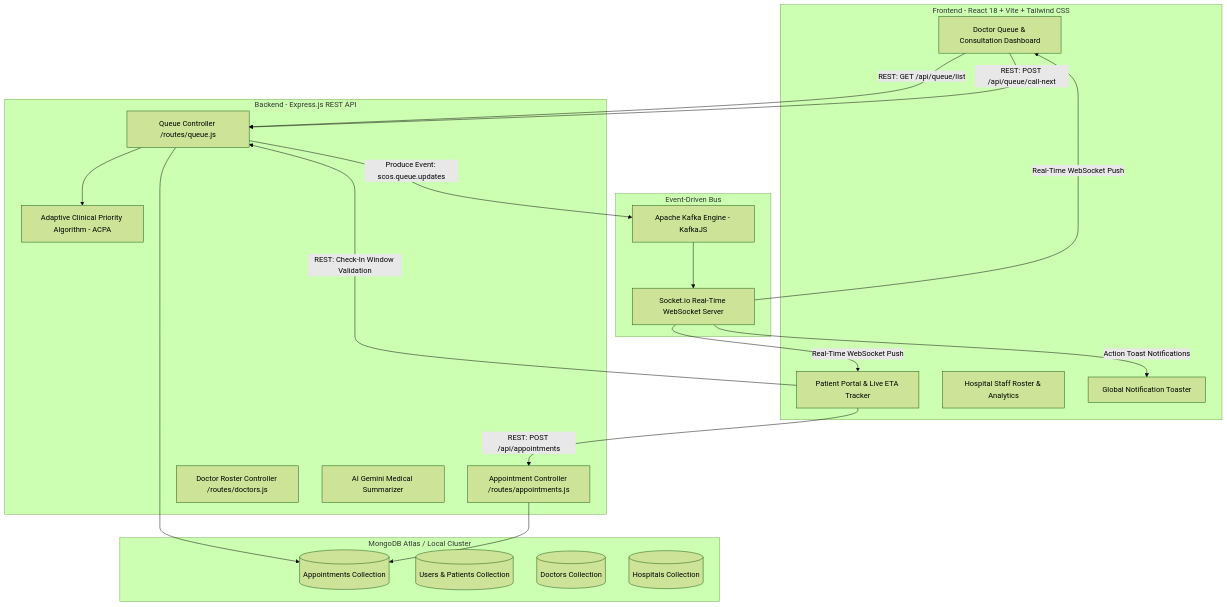
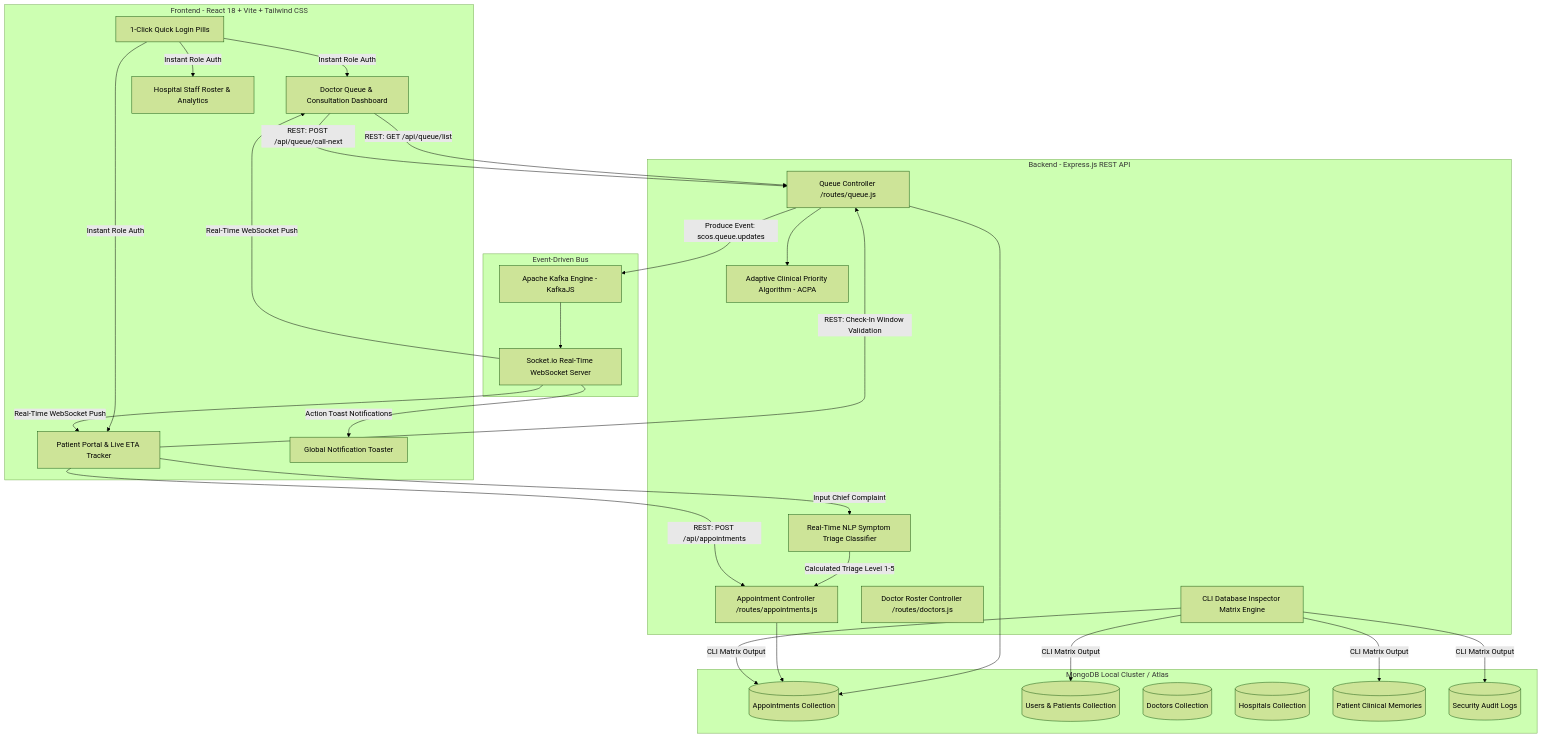
One commit to lavyadamania/LifeFile changed the first of 4 diagrams in PROJECT_DOCUMENTATION_MASTER.md. Above: the diagram before and after it, drawn with Mermaid (forest theme). The commit also changed other lines of this file, not shown here.

Commit message:
docs: Update PROJECT_DOCUMENTATION_MASTER.md to v3.0.0 with Mermaid diagrams for NLP auto-triage, system HLD, clinical memory, and CLI inspect matrix

````diff
--- a/PROJECT_DOCUMENTATION_MASTER.md
+++ b/PROJECT_DOCUMENTATION_MASTER.md
@@ -23,44 +24,52 @@
 ```mermaid
 flowchart TD
     subgraph Client Layer [Frontend - React 18 + Vite + Tailwind CSS]
         DoctorUI[Doctor Queue & Consultation Dashboard]
         PatientApp[Patient Portal & Live ETA Tracker]
         AdminUI[Hospital Staff Roster & Analytics]
         Toast[Global Notification Toaster]
+        OneClick[1-Click Quick Login Pills]
     end
 
     subgraph Streaming & Middleware Layer [Event-Driven Bus]
         Kafka[Apache Kafka Engine - KafkaJS]
         SocketServer[Socket.io Real-Time WebSocket Server]
     end
 
     subgraph Service Engine Layer [Backend - Express.js REST API]
         ACPA[Adaptive Clinical Priority Algorithm - ACPA]
         QueueCtrl[Queue Controller /routes/queue.js]
         ApptCtrl[Appointment Controller /routes/appointments.js]
         DoctorCtrl[Doctor Roster Controller /routes/doctors.js]
-        AICtrl[AI Gemini Medical Summarizer]
+        NLPTriage[Real-Time NLP Symptom Triage Classifier]
+        InspectDB[CLI Database Inspector Matrix Engine]
     end
 
-    subgraph Data & Persistence Layer [MongoDB Atlas / Local Cluster]
+    subgraph Data & Persistence Layer [MongoDB Local Cluster / Atlas]
         DB_Appt[(Appointments Collection)]
         DB_User[(Users & Patients Collection)]
         DB_Doc[(Doctors Collection)]
         DB_Hosp[(Hospitals Collection)]
+        DB_Mem[(Patient Clinical Memories)]
+        DB_Audit[(Security Audit Logs)]
     end
 
+    OneClick -->|Instant Role Auth| PatientApp & DoctorUI & AdminUI
+    PatientApp -->|Input Chief Complaint| NLPTriage
+    NLPTriage -->|Calculated Triage Level 1-5| ApptCtrl
     DoctorUI -->|REST: GET /api/queue/list| QueueCtrl
     DoctorUI -->|REST: POST /api/queue/call-next| QueueCtrl
     PatientApp -->|REST: POST /api/appointments| ApptCtrl
     PatientApp -->|REST: Check-In Window Validation| QueueCtrl
     
     QueueCtrl --> ACPA
     QueueCtrl --> DB_Appt
     ApptCtrl --> DB_Appt
 
     QueueCtrl -->|Produce Event: scos.queue.updates| Kafka
     Kafka --> SocketServer
     SocketServer -->|Real-Time WebSocket Push| DoctorUI
     SocketServer -->|Real-Time WebSocket Push| PatientApp
     SocketServer -->|Action Toast Notifications| Toast
+    InspectDB -->|CLI Matrix Output| DB_User & DB_Appt & DB_Mem & DB_Audit
 ```
````
